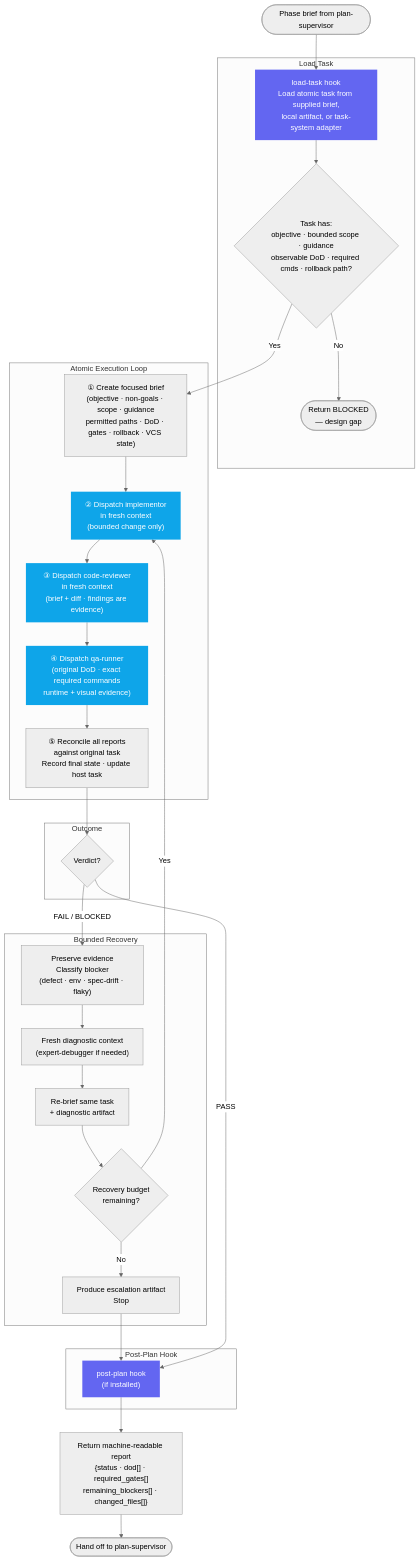
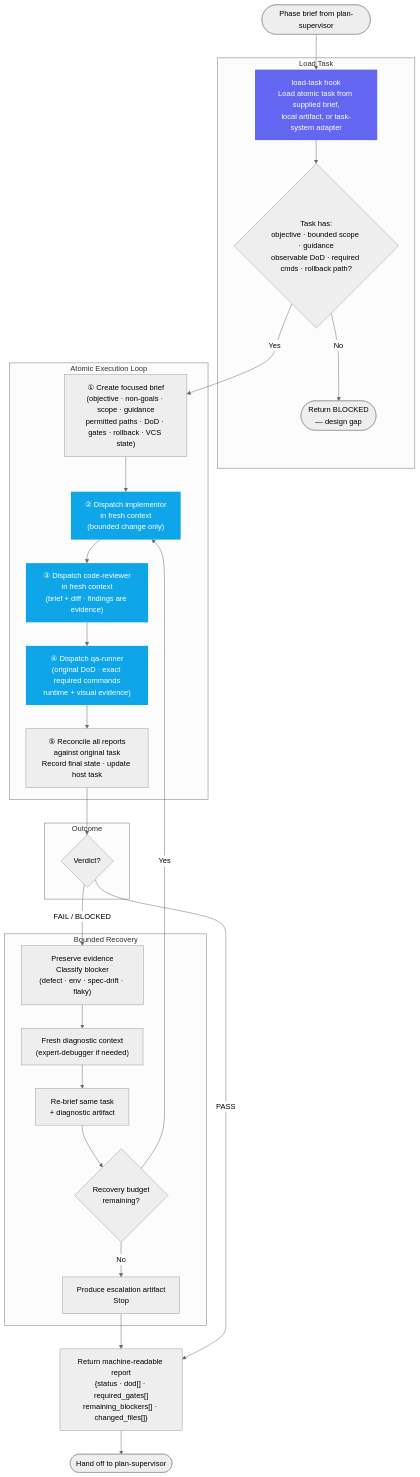
One commit to ericmaster/agent-fabric changed the first of 2 diagrams in docs/architecture/loop-supervisor.md. Above: the diagram before and after it, drawn with Mermaid (neutral theme). The commit also changed other lines of this file and 6 other files, not shown here.

Commit message:
docs: sync architecture diagrams and hook tables with agent frontmatter

````diff
--- a/docs/architecture/loop-supervisor.md
+++ b/docs/architecture/loop-supervisor.md
@@ -10,61 +10,56 @@
 ```mermaid
 flowchart TD
     START([Phase brief from plan-supervisor]) --> LT
 
     subgraph "Load Task"
         LT["load-task hook\nLoad atomic task from supplied brief,\nlocal artifact, or task-system adapter"]
         VALIDATE{"Task has:\nobjective · bounded scope · guidance\nobservable DoD · required cmds · rollback path?"}
         BLOCKED_EARLY([Return BLOCKED\n— design gap])
     end
 
     LT --> VALIDATE
     VALIDATE -- No --> BLOCKED_EARLY
     VALIDATE -- Yes --> BRIEF
 
     subgraph "Atomic Execution Loop"
         BRIEF["① Create focused brief\n(objective · non-goals · scope · guidance\npermitted paths · DoD · gates · rollback · VCS state)"]
 
         IMPL["② Dispatch implementor\nin fresh context\n(bounded change only)"]
 
         REV["③ Dispatch code-reviewer\nin fresh context\n(brief + diff · findings are evidence)"]
 
         QA["④ Dispatch qa-runner\n(original DoD · exact required commands\nruntime + visual evidence)"]
 
         RECONCILE["⑤ Reconcile all reports\nagainst original task\nRecord final state · update host task"]
     end
 
     BRIEF --> IMPL --> REV --> QA --> RECONCILE
 
     subgraph "Outcome"
         RESULT{Verdict?}
     end
 
     RECONCILE --> RESULT
 
     subgraph "Bounded Recovery"
         PRESERVE["Preserve evidence\nClassify blocker\n(defect · env · spec-drift · flaky)"]
         DIAG_CTX["Fresh diagnostic context\n(expert-debugger if needed)"]
         REBR["Re-brief same task\n+ diagnostic artifact"]
         BUDGET{Recovery budget\nremaining?}
         ESCALATE_ART["Produce escalation artifact\nStop"]
     end
 
     RESULT -- "FAIL / BLOCKED" --> PRESERVE --> DIAG_CTX --> REBR --> BUDGET
     BUDGET -- Yes --> IMPL
-    BUDGET -- No --> ESCALATE_ART --> POST
+    BUDGET -- No --> ESCALATE_ART --> REPORT
 
-    subgraph "Post-Plan Hook"
-        POST["post-plan hook\n(if installed)"]
-    end
+    RESULT -- PASS --> REPORT
 
-    RESULT -- PASS --> POST
-
-    POST --> REPORT["Return machine-readable report\n{status · dod[] · required_gates[]\nremaining_blockers[] · changed_files[]}"]
+    REPORT["Return machine-readable report\n{status · dod[] · required_gates[]\nremaining_blockers[] · changed_files[]}"]
     REPORT --> DONE([Hand off to plan-supervisor])
 
     style LT fill:#6366f1,color:#fff,stroke:none
-    style POST fill:#6366f1,color:#fff,stroke:none
     style IMPL fill:#0ea5e9,color:#fff,stroke:none
     style REV fill:#0ea5e9,color:#fff,stroke:none
     style QA fill:#0ea5e9,color:#fff,stroke:none
 ```
````
